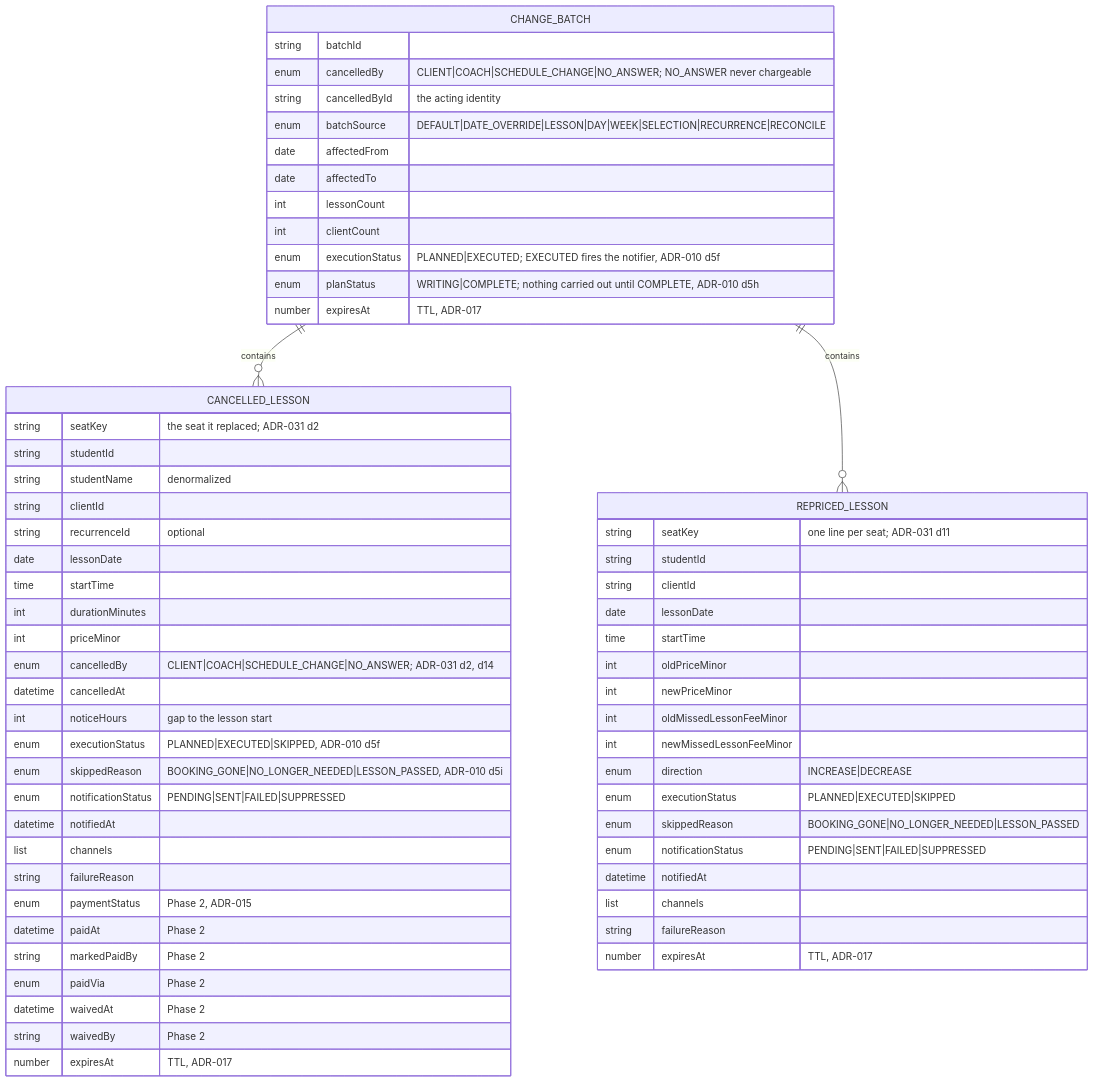
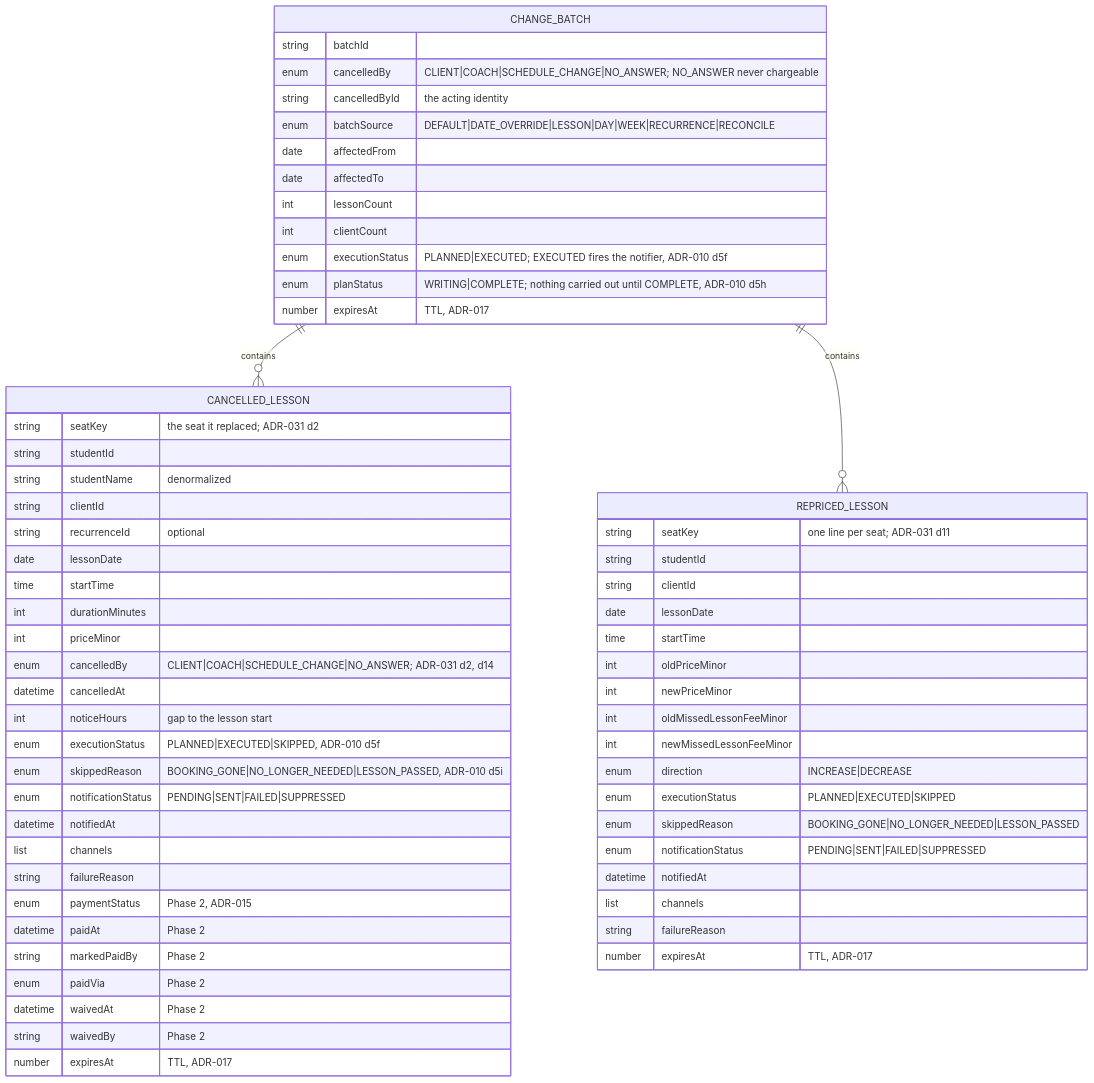
Before and after one commit to jessicamvega6/bladebook: the seventh of 31 diagrams in docs/architecture.md, drawn with Mermaid. The commit also changed other lines of this file and 47 other files, not shown here.

First line of the commit message:
Batch 23: rinkside cancels one lesson, a whole day or the week (owner ruling)

````diff
--- a/docs/architecture.md
+++ b/docs/architecture.md
@@ -479,65 +479,65 @@
 ```mermaid
 erDiagram
     CHANGE_BATCH ||--o{ CANCELLED_LESSON : contains
     CHANGE_BATCH ||--o{ REPRICED_LESSON : contains
 
     CHANGE_BATCH {
         string batchId
         enum   cancelledBy "CLIENT|COACH|SCHEDULE_CHANGE|NO_ANSWER; NO_ANSWER never chargeable"
         string cancelledById "the acting identity"
-        enum   batchSource "DEFAULT|DATE_OVERRIDE|LESSON|DAY|WEEK|SELECTION|RECURRENCE|RECONCILE"
+        enum   batchSource "DEFAULT|DATE_OVERRIDE|LESSON|DAY|WEEK|RECURRENCE|RECONCILE"
         date   affectedFrom
         date   affectedTo
         int    lessonCount
         int    clientCount
         enum   executionStatus "PLANNED|EXECUTED; EXECUTED fires the notifier, ADR-010 d5f"
         enum   planStatus "WRITING|COMPLETE; nothing carried out until COMPLETE, ADR-010 d5h"
         number expiresAt "TTL, ADR-017"
     }
     CANCELLED_LESSON {
         string seatKey "the seat it replaced; ADR-031 d2"
         string studentId
         string studentName "denormalized"
         string clientId
         string recurrenceId "optional"
         date   lessonDate
         time   startTime
         int    durationMinutes
         int    priceMinor
         enum   cancelledBy "CLIENT|COACH|SCHEDULE_CHANGE|NO_ANSWER; ADR-031 d2, d14"
         datetime cancelledAt
         int    noticeHours "gap to the lesson start"
         enum   executionStatus "PLANNED|EXECUTED|SKIPPED, ADR-010 d5f"
         enum   skippedReason "BOOKING_GONE|NO_LONGER_NEEDED|LESSON_PASSED, ADR-010 d5i"
         enum   notificationStatus "PENDING|SENT|FAILED|SUPPRESSED"
         datetime notifiedAt
         list   channels
         string failureReason
         enum   paymentStatus "Phase 2, ADR-015"
         datetime paidAt "Phase 2"
         string markedPaidBy "Phase 2"
         enum   paidVia "Phase 2"
         datetime waivedAt "Phase 2"
         string waivedBy "Phase 2"
         number expiresAt "TTL, ADR-017"
     }
     REPRICED_LESSON {
         string seatKey "one line per seat; ADR-031 d11"
         string studentId
         string clientId
         date   lessonDate
         time   startTime
         int    oldPriceMinor
         int    newPriceMinor
         int    oldMissedLessonFeeMinor
         int    newMissedLessonFeeMinor
         enum   direction "INCREASE|DECREASE"
         enum   executionStatus "PLANNED|EXECUTED|SKIPPED"
         enum   skippedReason "BOOKING_GONE|NO_LONGER_NEEDED|LESSON_PASSED"
         enum   notificationStatus "PENDING|SENT|FAILED|SUPPRESSED"
         datetime notifiedAt
         list   channels
         string failureReason
         number expiresAt "TTL, ADR-017"
     }
 ```
````
